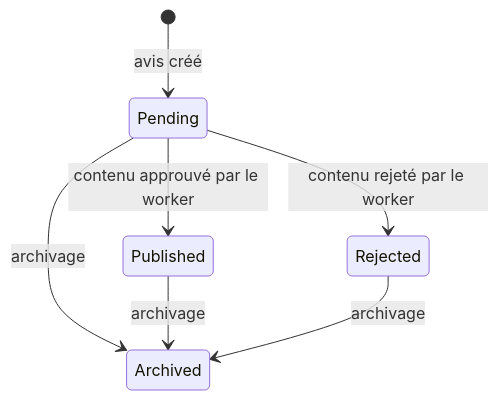
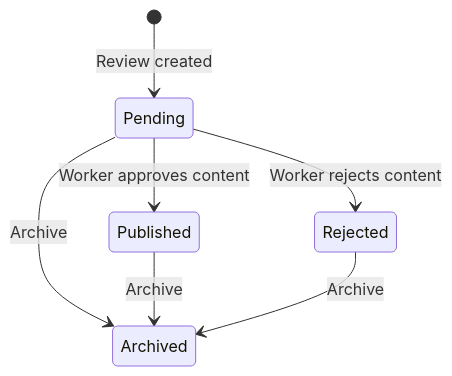
One commit to Fabian-Raeskinet/mydisk-api changed the sixth of 7 diagrams in docs/WORKER.md. Above: the diagram before and after it, drawn with Mermaid. The commit also changed other lines of this file and 5 other files, not shown here.

Commit message:
update documentation: rename use cases file and translate architecture content to English

````diff
--- a/docs/WORKER.md
+++ b/docs/WORKER.md
@@ -193,9 +193,9 @@
 ```mermaid
 stateDiagram-v2
-    [*] --> Pending : avis créé
-    Pending --> Published : contenu approuvé par le worker
-    Pending --> Rejected : contenu rejeté par le worker
-    Pending --> Archived : archivage
-    Published --> Archived : archivage
-    Rejected --> Archived : archivage
+    [*] --> Pending : Review created
+    Pending --> Published : Worker approves content
+    Pending --> Rejected : Worker rejects content
+    Pending --> Archived : Archive
+    Published --> Archived : Archive
+    Rejected --> Archived : Archive
 ```
````
